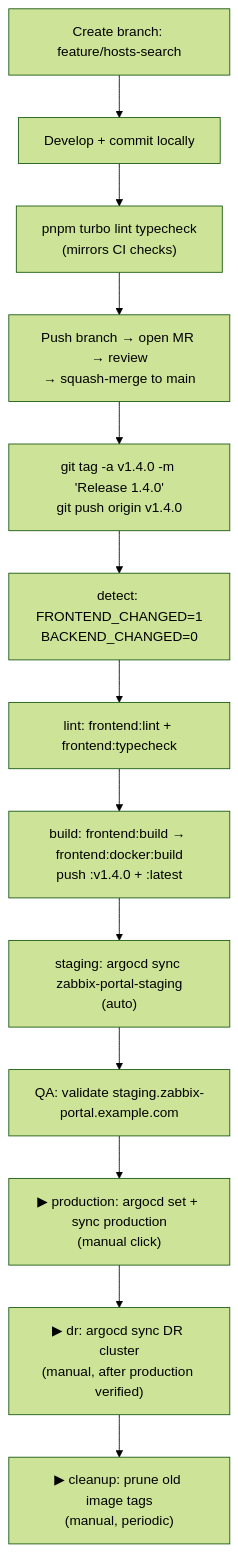
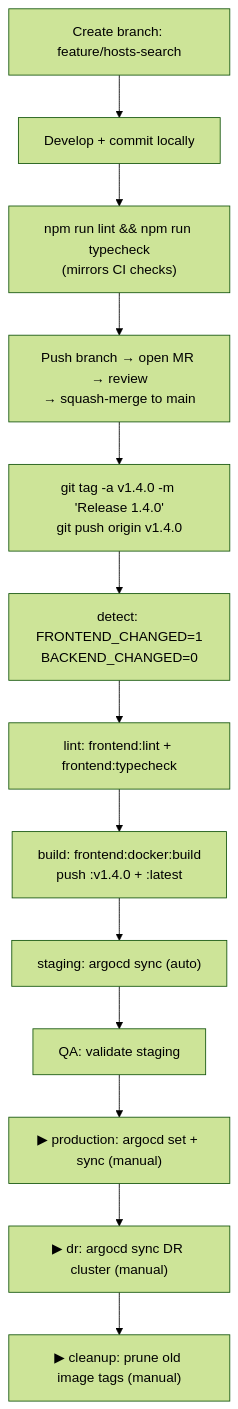
One commit to OpenClawXX/Zabbix_Portal changed the seventh of 7 diagrams in WORKFLOW.md. Above: the diagram before and after it, drawn with Mermaid (forest theme). The commit also changed other lines of this file and 55 other files, not shown here.

````diff
--- a/WORKFLOW.md
+++ b/WORKFLOW.md
@@ -264,15 +255,15 @@
 ```mermaid
 flowchart TD
     A["Create branch: feature/hosts-search"] --> B["Develop + commit locally"]
-    B --> C["pnpm turbo lint typecheck\n(mirrors CI checks)"]
+    B --> C["npm run lint && npm run typecheck\n(mirrors CI checks)"]
     C --> D["Push branch → open MR → review\n→ squash-merge to main"]
     D --> E["git tag -a v1.4.0 -m 'Release 1.4.0'\ngit push origin v1.4.0"]
     E --> F["detect: FRONTEND_CHANGED=1\nBACKEND_CHANGED=0"]
     F --> G["lint: frontend:lint + frontend:typecheck"]
-    G --> H["build: frontend:build → frontend:docker:build\npush :v1.4.0 + :latest"]
-    H --> I["staging: argocd sync zabbix-portal-staging\n(auto)"]
-    I --> J["QA: validate staging.zabbix-portal.example.com"]
-    J --> K["▶ production: argocd set + sync production\n(manual click)"]
-    K --> L["▶ dr: argocd sync DR cluster\n(manual, after production verified)"]
-    L --> M["▶ cleanup: prune old image tags\n(manual, periodic)"]
+    G --> H["build: frontend:docker:build\npush :v1.4.0 + :latest"]
+    H --> I["staging: argocd sync (auto)"]
+    I --> J["QA: validate staging"]
+    J --> K["▶ production: argocd set + sync (manual)"]
+    K --> L["▶ dr: argocd sync DR cluster (manual)"]
+    L --> M["▶ cleanup: prune old image tags (manual)"]
 ```
````
